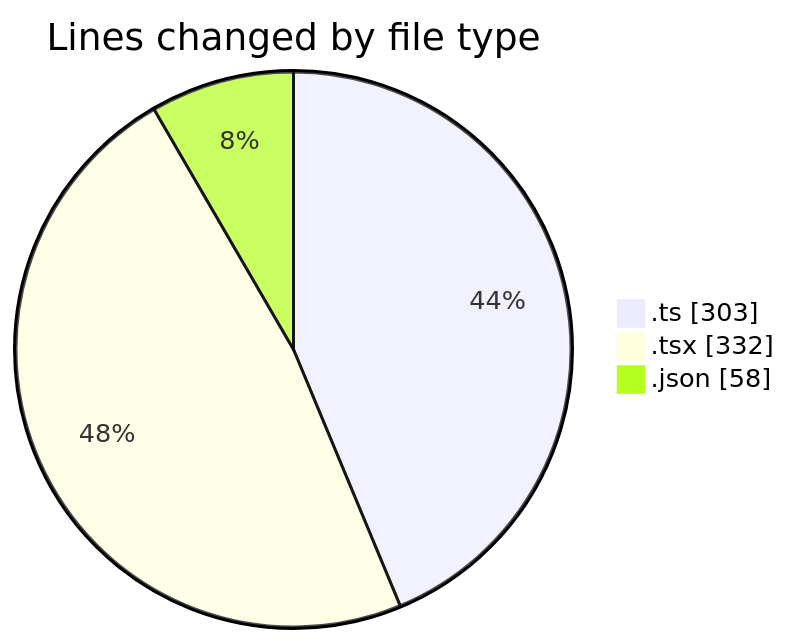
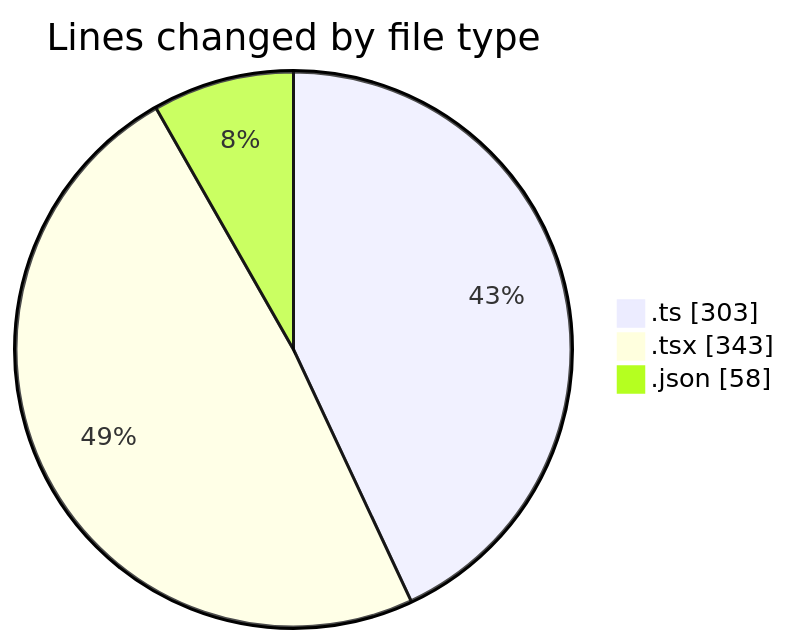
Before and after one commit to julien-gomy/code-tracking: the first of 2 diagrams in 2025-11-24/eventscop-frontend-guide__workspace_/README.md, drawn with Mermaid. The commit also changed other lines of this file and 1 other file, not shown here.

````diff
--- a/2025-11-24/eventscop-frontend-guide__workspace_/README.md
+++ b/2025-11-24/eventscop-frontend-guide__workspace_/README.md
@@ -31,7 +31,7 @@
 ```mermaid
 pie showData
 title Lines changed by file type
 ".ts" : 303
-".tsx" : 332
+".tsx" : 343
 ".json" : 58
 ```
````
